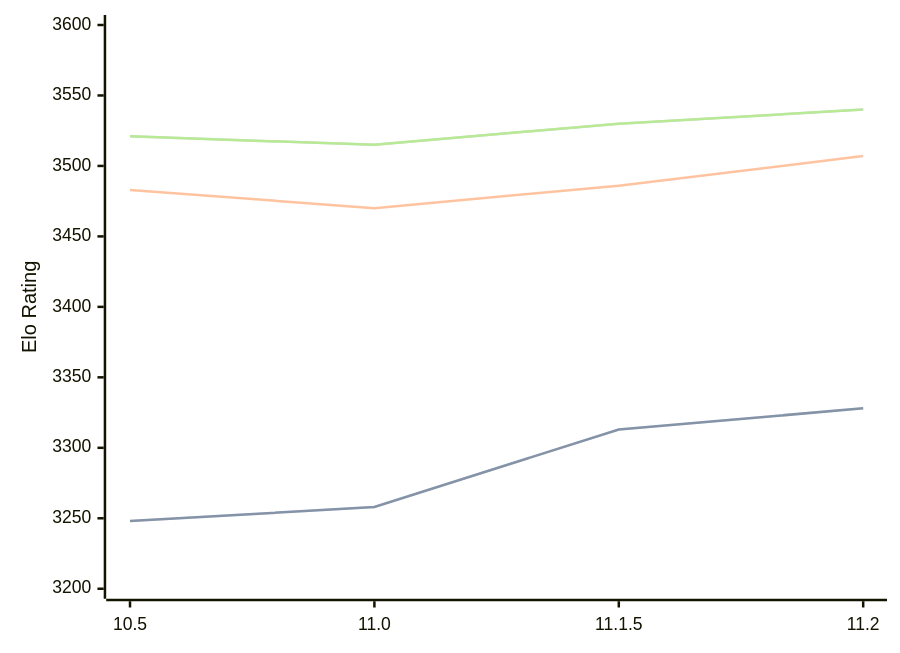
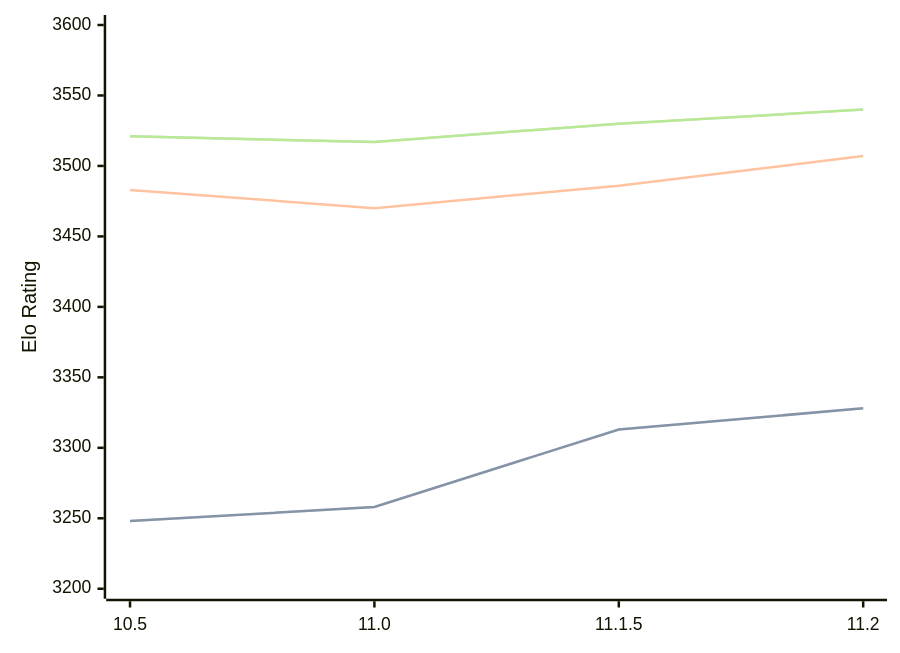
The diagram in engines/Lizard.md (computer-chess-index/cci), drawn with Mermaid before and after one commit. The commit also changed other lines of this file, not shown here.

Commit message:
Update CCI Ratings (ELO VLTC) - 2026-04-10

````diff
--- a/engines/Lizard.md
+++ b/engines/Lizard.md
@@ -46,11 +46,11 @@
 ```mermaid
 %%{init: {"theme":"base","themeVariables":{"seriesColors:['#a3a3a3','#222221','#faa371']}}}%%
 xychart-beta
   x-axis ["10.5", "11.0", "11.1.5", "11.2"]
   y-axis "Elo Rating" 3200 --> 3600
   line "STC (8.0+0.08s)" [3248, 3258, 3313, 3328]
   line "STC (8.0+0.08s)" [3248, 3258, 3313, 3328]
   line "LTC (60.0+0.60s)" [3483, 3470, 3486, 3507]
-  line "VLTC (2m24s+1.12s)" [3521, 3515, 3530, 3540]
-  line "VLTC (2m24s+1.12s)" [3521, 3515, 3530, 3540]
+  line "VLTC (2m24s+1.12s)" [3521, 3517, 3530, 3540]
+  line "VLTC (2m24s+1.12s)" [3521, 3517, 3530, 3540]
 ```
````
